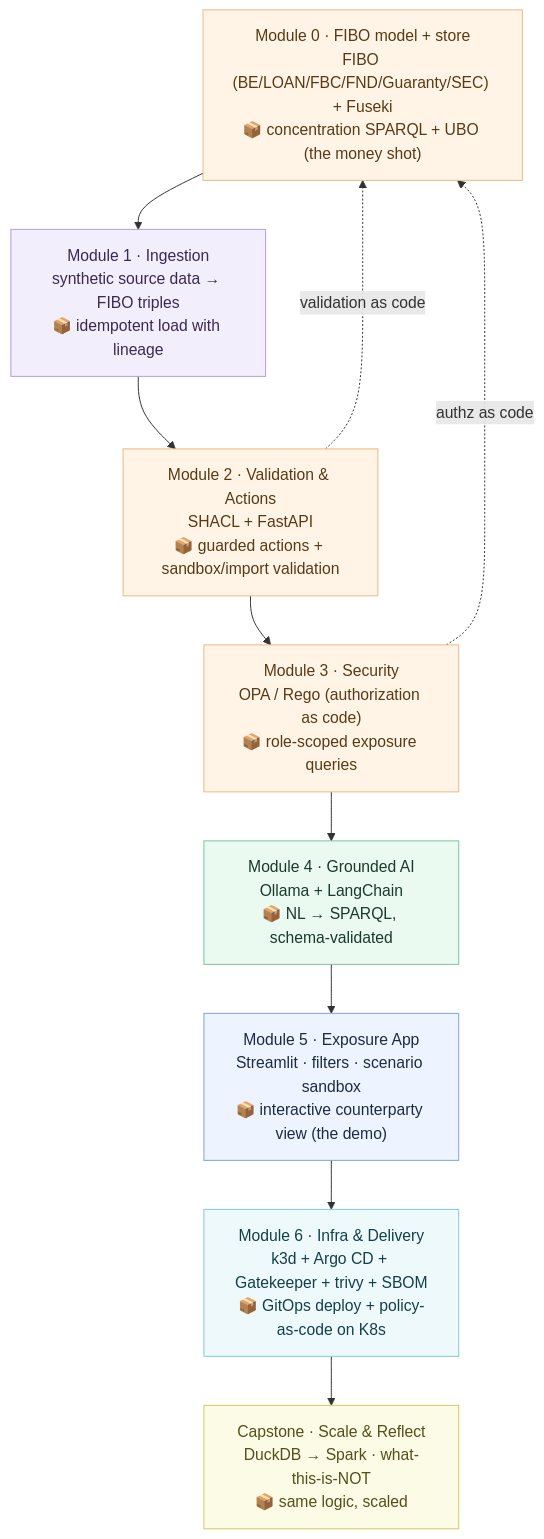
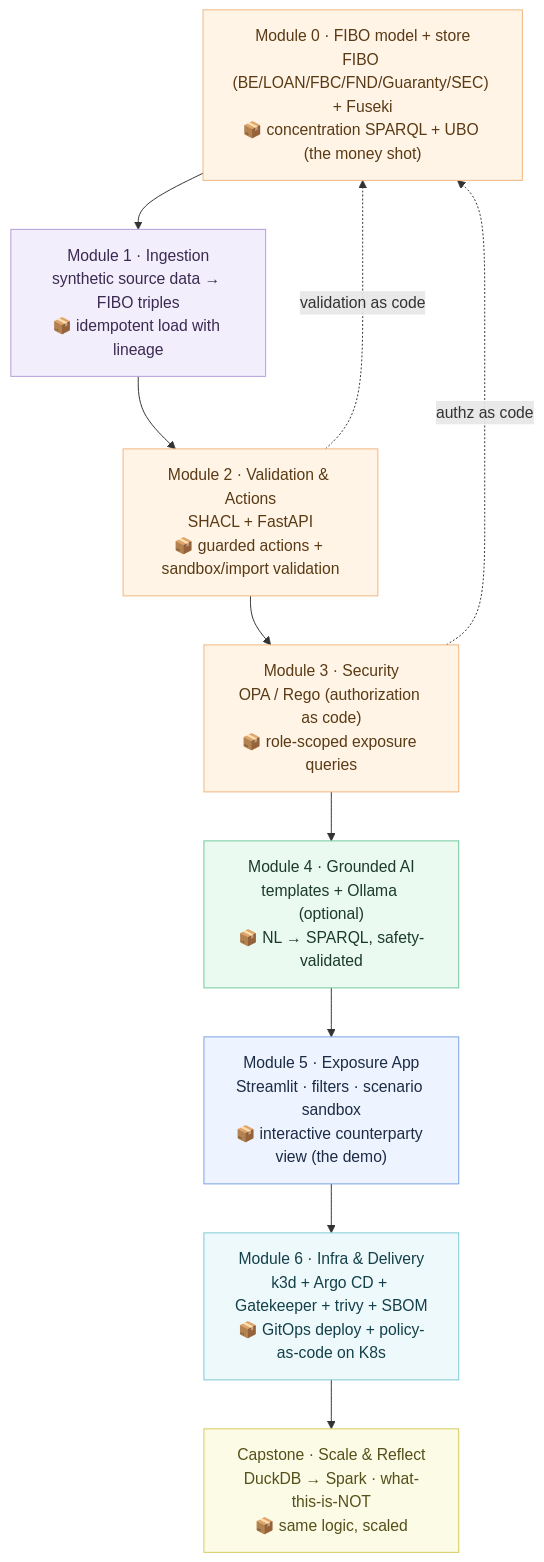
The diagram in docs/lab-handbook.md (jaricsng/counterparty-concentration-lens), drawn with Mermaid before and after one commit. The commit also changed other lines of this file and 3 other files, not shown here.

````diff
--- a/docs/lab-handbook.md
+++ b/docs/lab-handbook.md
@@ -31,30 +31,30 @@
 ```mermaid
 flowchart TB
     M0["Module 0 · FIBO model + store<br/>FIBO (BE/LOAN/FBC/FND/Guaranty/SEC) + Fuseki<br/>📦 concentration SPARQL + UBO (the money shot)"]
     M1["Module 1 · Ingestion<br/>synthetic source data → FIBO triples<br/>📦 idempotent load with lineage"]
     M2["Module 2 · Validation & Actions<br/>SHACL + FastAPI<br/>📦 guarded actions + sandbox/import validation"]
     M3["Module 3 · Security<br/>OPA / Rego (authorization as code)<br/>📦 role-scoped exposure queries"]
-    M4["Module 4 · Grounded AI<br/>Ollama + LangChain<br/>📦 NL → SPARQL, schema-validated"]
+    M4["Module 4 · Grounded AI<br/>templates + Ollama (optional)<br/>📦 NL → SPARQL, safety-validated"]
     M5["Module 5 · Exposure App<br/>Streamlit · filters · scenario sandbox<br/>📦 interactive counterparty view (the demo)"]
     M6["Module 6 · Infra & Delivery<br/>k3d + Argo CD + Gatekeeper + trivy + SBOM<br/>📦 GitOps deploy + policy-as-code on K8s"]
     CAP["Capstone · Scale & Reflect<br/>DuckDB → Spark · what-this-is-NOT<br/>📦 same logic, scaled"]
 
     M0 --> M1 --> M2 --> M3 --> M4 --> M5 --> M6 --> CAP
 
     M2 -.->|"validation as code"| M0
     M3 -.->|"authz as code"| M0
 
     classDef ont fill:#fff4e6,stroke:#f0b67f,color:#5a3a14;
     classDef ingest fill:#f3eefb,stroke:#b39ddb,color:#3a2a52;
     classDef ai fill:#eafaf1,stroke:#74c69d,color:#1b3a2b;
     classDef app fill:#eef4ff,stroke:#7aa2e3,color:#1c2b45;
     classDef infra fill:#eef9fb,stroke:#7ec8d6,color:#13404a;
     classDef cap fill:#fcfbe6,stroke:#d4c95e,color:#54501a;
 
     class M0,M2,M3 ont;
     class M1 ingest;
     class M4 ai;
     class M5 app;
     class M6 infra;
     class CAP cap;
 ```
````
